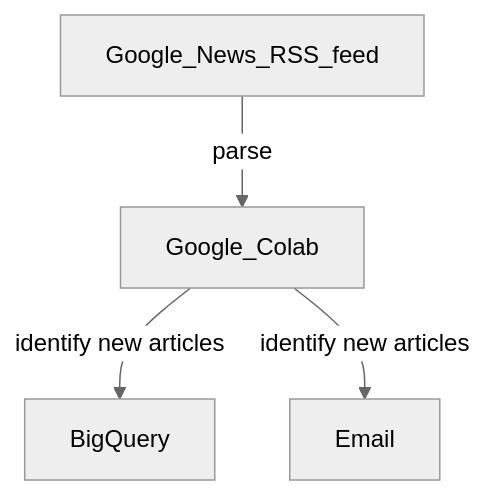
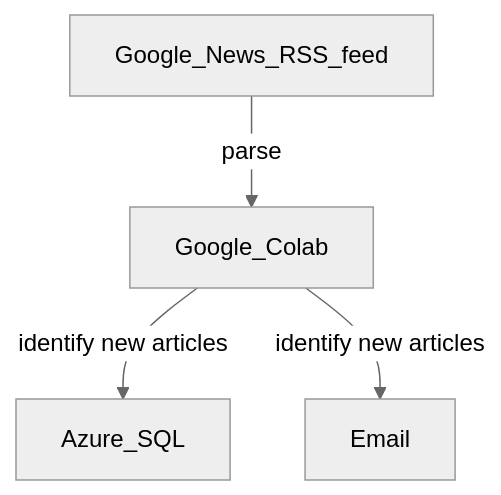
Before and after one commit to atlas-github/nus_cloudcomputing: the diagram in README.md, drawn with Mermaid (neutral theme). The commit also changed other lines of this file, not shown here.

````diff
--- a/README.md
+++ b/README.md
@@ -103,6 +103,6 @@
 ```mermaid
 graph TD;
     Google_News_RSS_feed--parse-->Google_Colab;
-    Google_Colab--identify new articles-->BigQuery;
+    Google_Colab--identify new articles-->Azure_SQL;
     Google_Colab--identify new articles-->Email;
 ```
````
